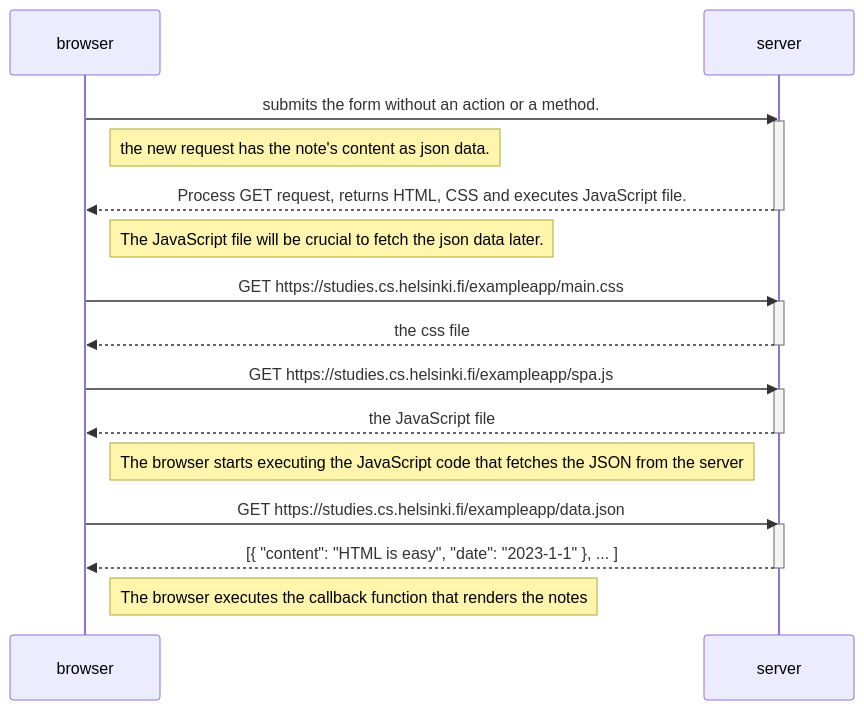
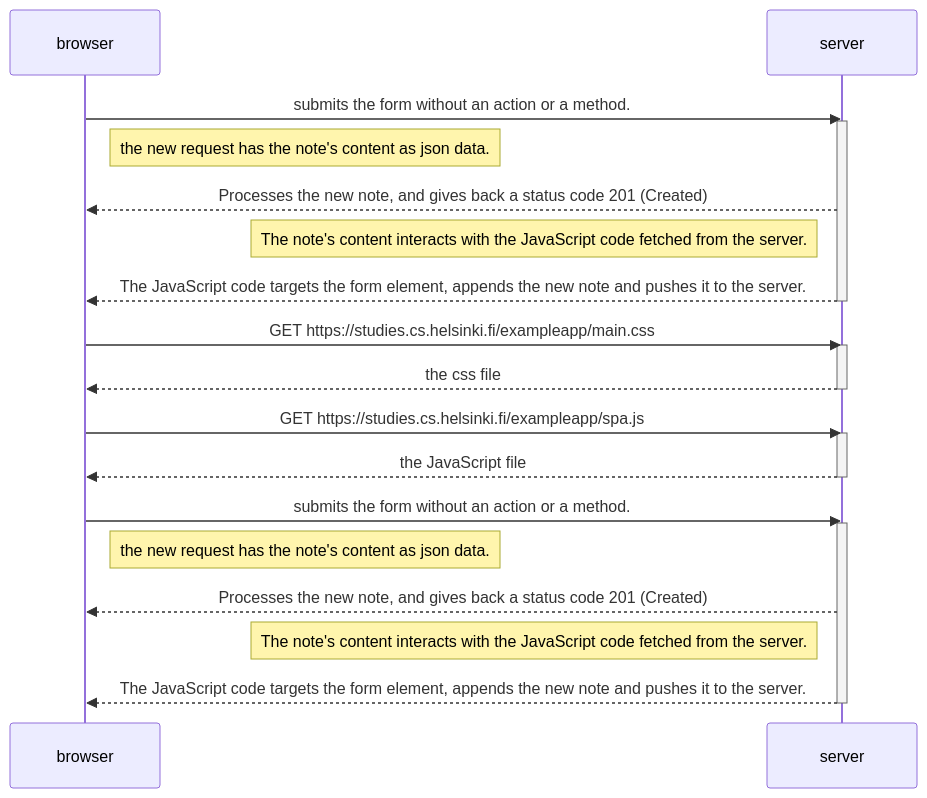
One commit to JoaquinCortezHub/FullStackOpen changed the diagram in part0/0.6.md. Above: the diagram before and after it, drawn with Mermaid.

````diff
--- a/part0/0.6.md
+++ b/part0/0.6.md
@@ -4,30 +4,30 @@
 ```mermaid
 sequenceDiagram
     participant browser
     participant server
 
     browser->>server: submits the form without an action or a method.
     activate server
     note right of browser: the new request has the note's content as json data.
-    server-->>browser: Process GET request, returns HTML, CSS and executes JavaScript file.
+    server-->>browser: Processes the new note, and gives back a status code 201 (Created)
+    note left of server: The note's content interacts with the JavaScript code fetched from the server.
+    server-->>browser: The JavaScript code targets the form element, appends the new note and pushes it to the server.
     deactivate server
-    Note right of browser: The JavaScript file will be crucial to fetch the json data later.
     browser->>server: GET https://studies.cs.helsinki.fi/exampleapp/main.css
     activate server
     server-->>browser: the css file
     deactivate server
 
     browser->>server: GET https://studies.cs.helsinki.fi/exampleapp/spa.js
     activate server
     server-->>browser: the JavaScript file
     deactivate server
 
-    Note right of browser: The browser starts executing the JavaScript code that fetches the JSON from the server
-
-    browser->>server: GET https://studies.cs.helsinki.fi/exampleapp/data.json
+    browser->>server: submits the form without an action or a method.
     activate server
-    server-->>browser: [{ "content": "HTML is easy", "date": "2023-1-1" }, ... ]
+    note right of browser: the new request has the note's content as json data.
+    server-->>browser: Processes the new note, and gives back a status code 201 (Created)
+    note left of server: The note's content interacts with the JavaScript code fetched from the server.
+    server-->>browser: The JavaScript code targets the form element, appends the new note and pushes it to the server.
     deactivate server
-
-    Note right of browser: The browser executes the callback function that renders the notes
 ```
````
